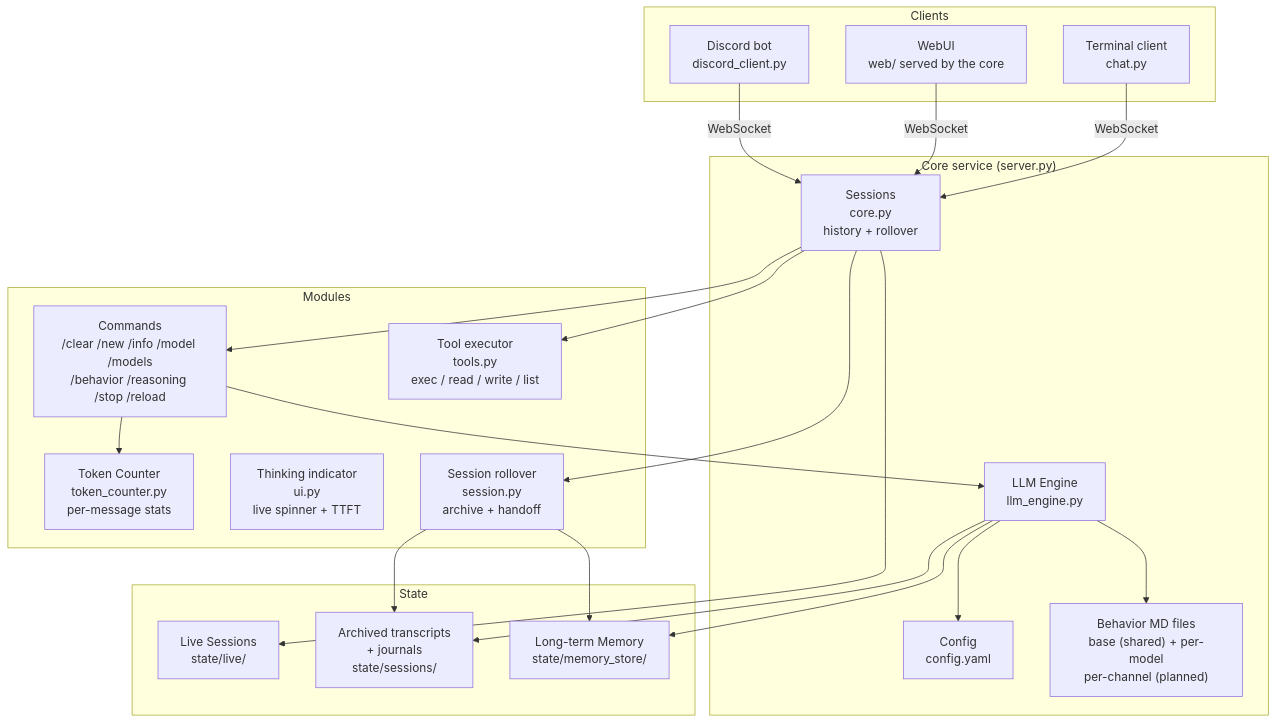
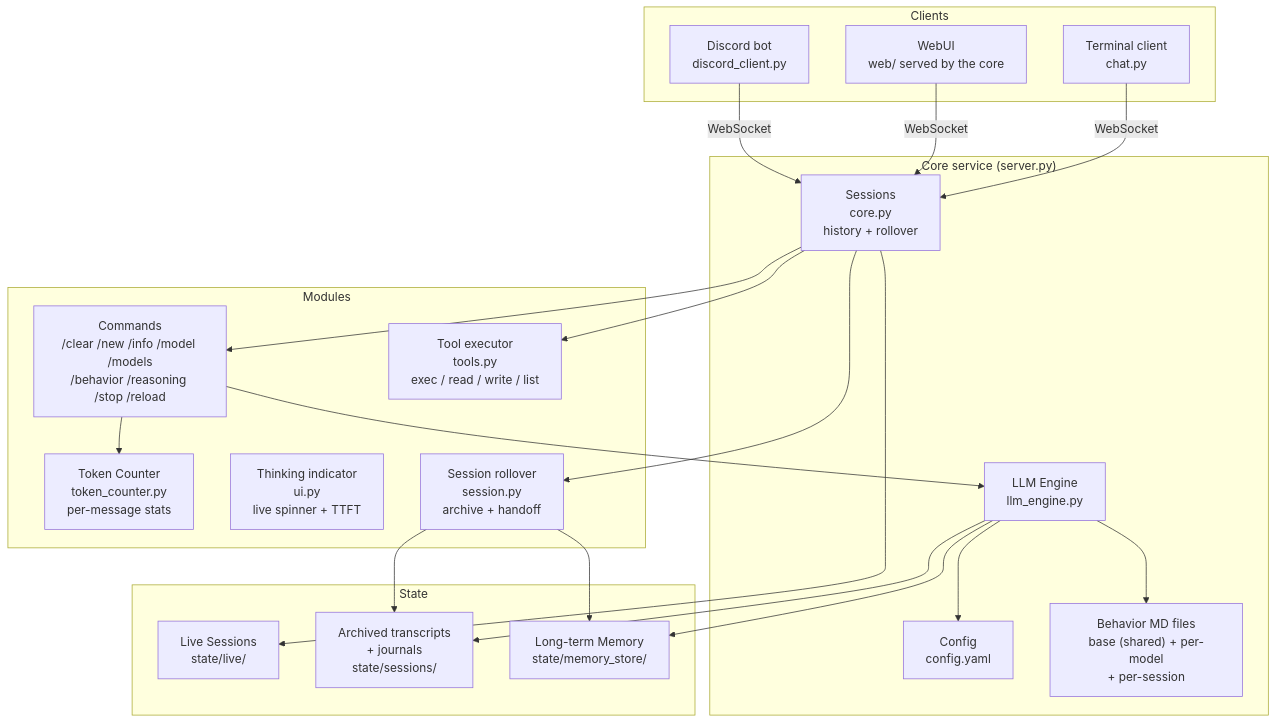
Before and after one commit to goluckyryan/letsClaw: the first of 3 diagrams in README.md, drawn with Mermaid. The commit also changed other lines of this file and 11 other files, not shown here.

````diff
--- a/README.md
+++ b/README.md
@@ -48,45 +48,45 @@
 ```mermaid
 graph TD
     subgraph Clients
         REPL[Terminal client\nchat.py]
         Web[WebUI\nweb/ served by the core]
         Disc[Discord bot\ndiscord_client.py]
     end
 
     subgraph Core["Core service (server.py)"]
         Sessions2[Sessions\ncore.py\nhistory + rollover]
         Engine[LLM Engine\nllm_engine.py]
         Config[Config\nconfig.yaml]
-        ModelFile["Behavior MD files\nbase (shared) + per-model\nper-channel (planned)"]
+        ModelFile["Behavior MD files\nbase (shared) + per-model\n+ per-session"]
     end
 
     subgraph Modules
         Cmds[Commands\n/clear /new /info /model /models\n/behavior /reasoning /stop /reload]
         TokenCounter[Token Counter\ntoken_counter.py\nper-message stats]
         ThinkingUI[Thinking indicator\nui.py\nlive spinner + TTFT]
         Tools[Tool executor\ntools.py\nexec / read / write / list]
         Roll[Session rollover\nsession.py\narchive + handoff]
     end
 
     subgraph State
         Live[Live Sessions\nstate/live/]
         Sessions[Archived transcripts\n+ journals\nstate/sessions/]
         Memory[Long-term Memory\nstate/memory_store/]
     end
 
     REPL -->|WebSocket| Sessions2
     Web -->|WebSocket| Sessions2
     Disc -->|WebSocket| Sessions2
     Sessions2 --> Cmds
     Sessions2 --> Tools
     Sessions2 --> Roll
     Sessions2 --> Live
     Roll --> Sessions
     Roll --> Memory
     Cmds --> Engine
     Engine --> Config
     Engine --> ModelFile
     Cmds --> TokenCounter
     Engine --> Sessions
     Engine --> Memory
 ```
````
